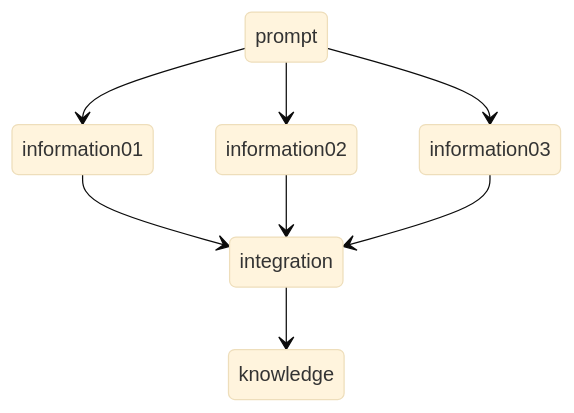
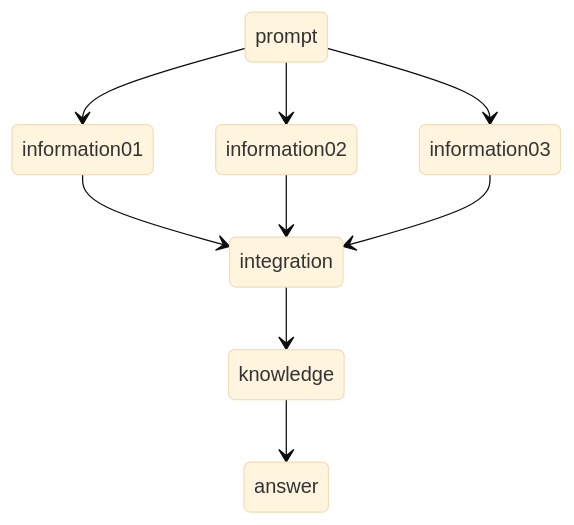
The first of 2 diagrams in README.md (HR-ChatGPT/ChatGPT-UITGELEGD), drawn with Mermaid (base theme) before and after one commit.

````diff
--- a/README.md
+++ b/README.md
@@ -550,10 +550,11 @@
 ```mermaid
 stateDiagram-v2
     prompt --> information01
     prompt --> information02
     prompt --> information03
    information01 --> integration
    information02 --> integration
    information03 --> integration
    integration --> knowledge
+   knowledge --> answer
 ```
````
